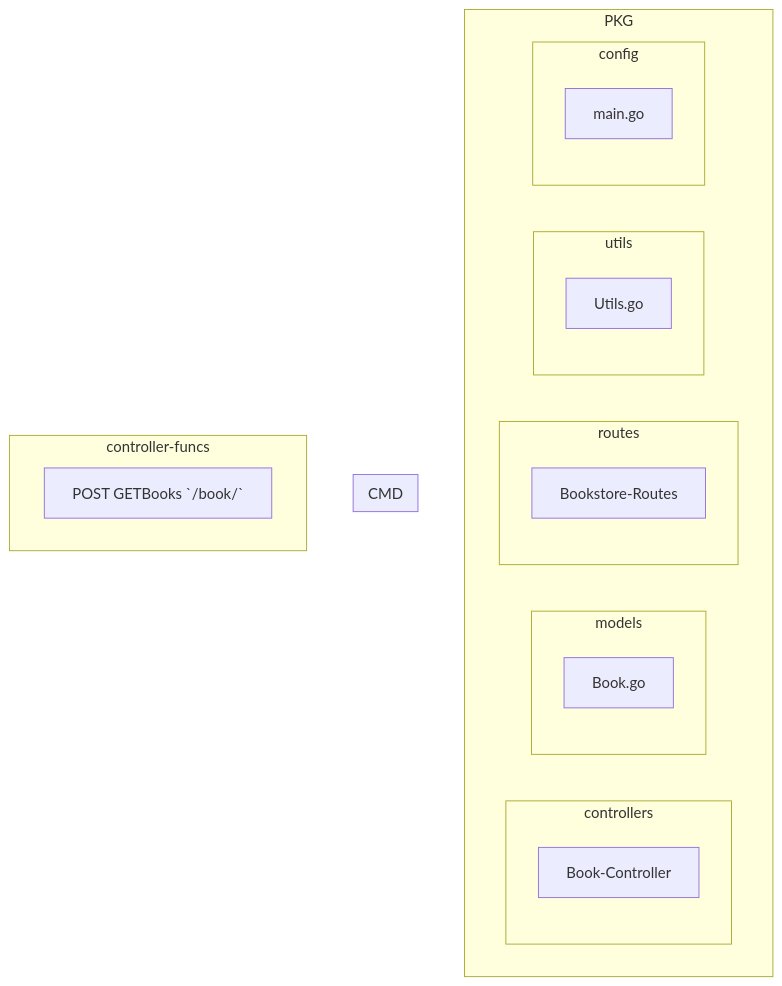
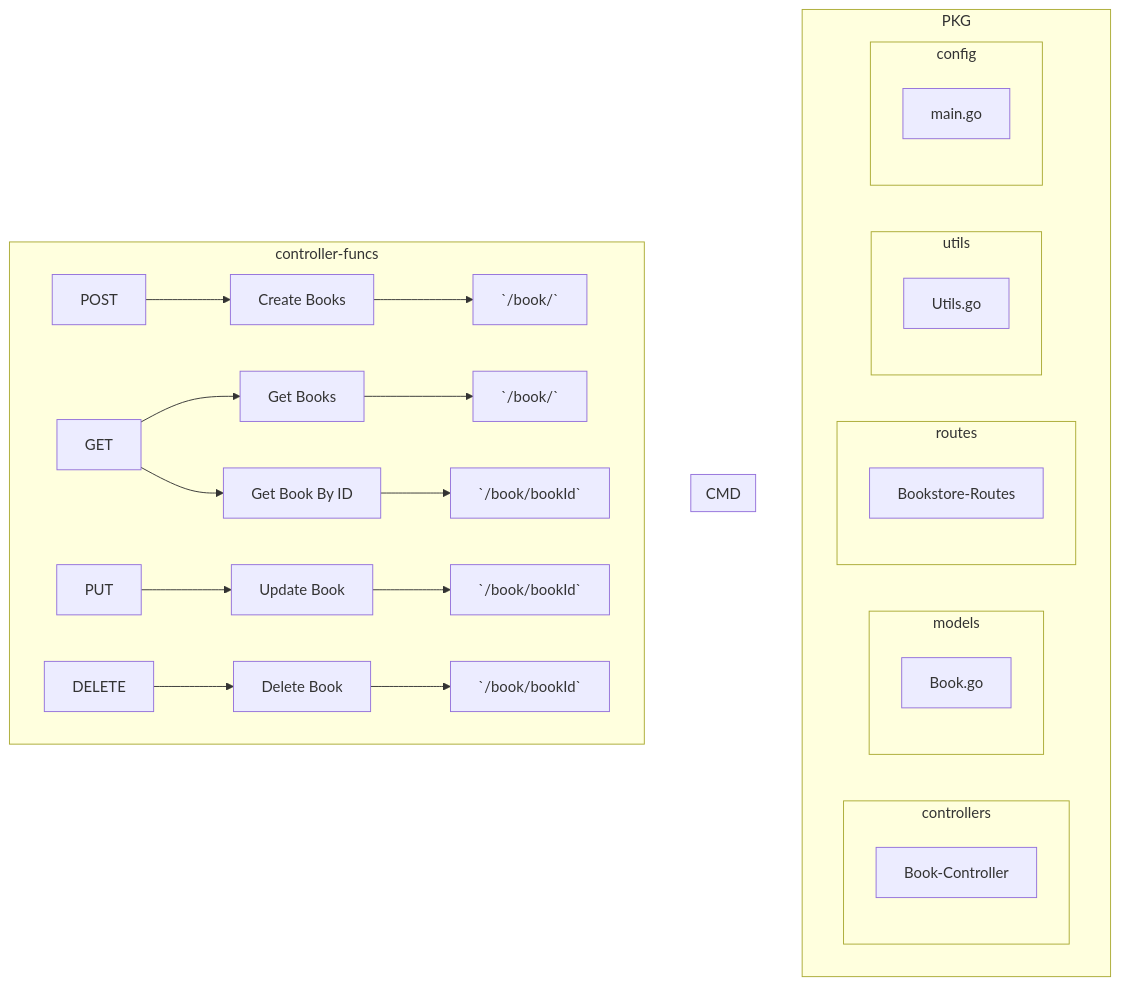
One commit to lexyu-golang-project-collection/go-frameworks-collection changed the diagram in go-crud-api-mysql/README.md. Above: the diagram before and after it, drawn with Mermaid. The commit also changed 11 other files, not shown here.

````diff
--- a/go-crud-api-mysql/README.md
+++ b/go-crud-api-mysql/README.md
@@ -11,34 +11,56 @@
 ```mermaid
 flowchart TB
     subgraph PKG
     
     subgraph controllers
     BC[Book-Controller]
     end
     
     subgraph models
     Bg[Book.go]
     end
     
     subgraph routes
     BR[Bookstore-Routes]
     end
     
     subgraph utils
     Ug[Utils.go]
     end
 
     subgraph config
     Ag[APP.go]
     end
     
     end
 
     subgraph CMD
     Ag[main.go]
     end
    
     subgraph controller-funcs
-    PGB[POST GETBooks `/book/`]
+    post[POST]
+    get[GET]
+    put[PUT]
+    delete[DELETE]
+
+    CBs[Create Books]
+    GBs[Get Books]
+    GBBI[Get Book By ID]
+    UB[Update Book]
+    DB[Delete Book]
+
+    PCBs[`/book/`]
+    GGBs[`/book/`]
+    GGBBI[`/book/bookId`]
+    PUB[`/book/bookId`]
+    DDB[`/book/bookId`]
+
+    post --> CBs --> PCBs
+    get --> GBs --> GGBs
+    get --> GBBI --> GGBBI
+    put --> UB --> PUB
+    delete --> DB --> DDB
+
     end
 ```
````
